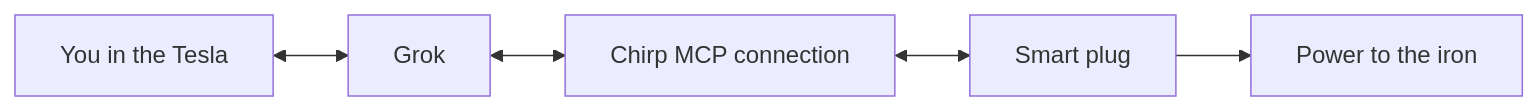
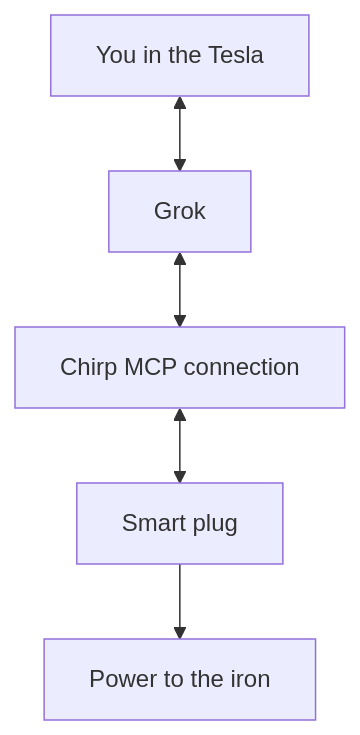
Before and after one commit to chirpwireless/chirpwireless_docs: the diagram in ai-assistant/tesla-grok.md, drawn with Mermaid.

Commit message:
Make the voice connection diagram readable on mobile

````diff
--- a/ai-assistant/tesla-grok.md
+++ b/ai-assistant/tesla-grok.md
@@ -25,7 +25,7 @@
 ```mermaid
-flowchart LR
+flowchart TD
     You[You in the Tesla] <--> Grok[Grok]
     Grok <--> Chirp[Chirp MCP connection]
     Chirp <--> Plug[Smart plug]
     Plug --> Iron[Power to the iron]
 ```
````
